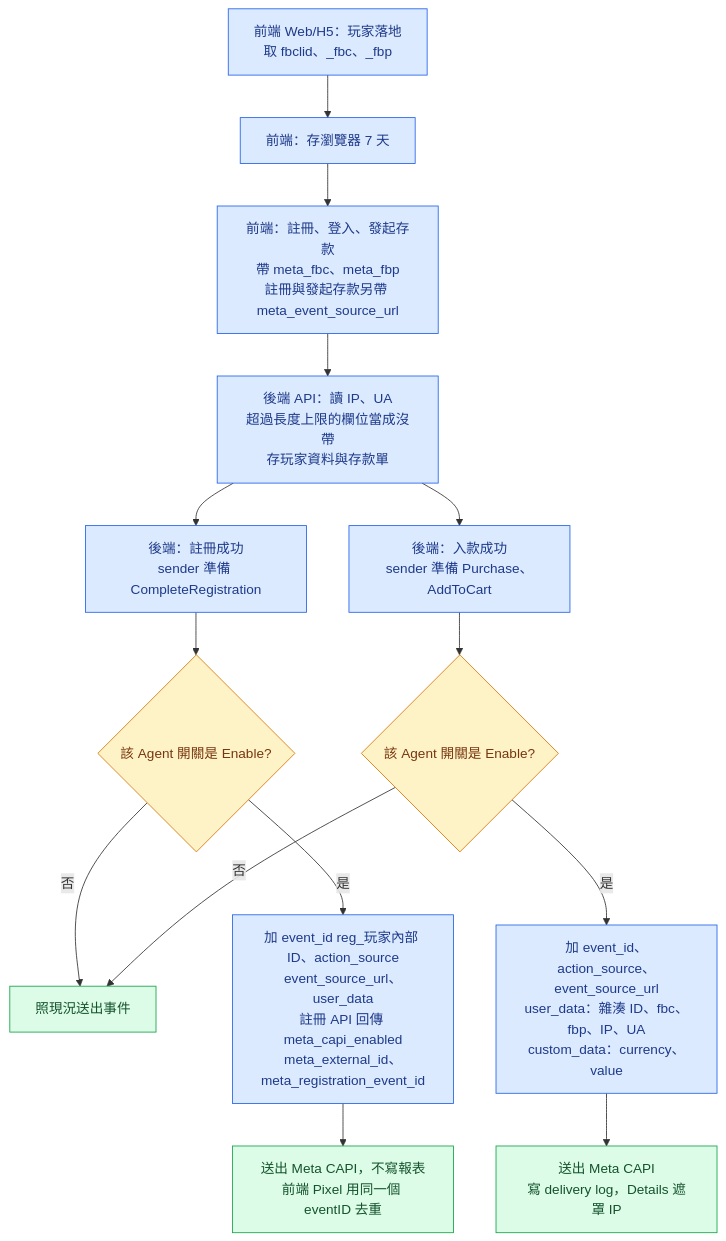
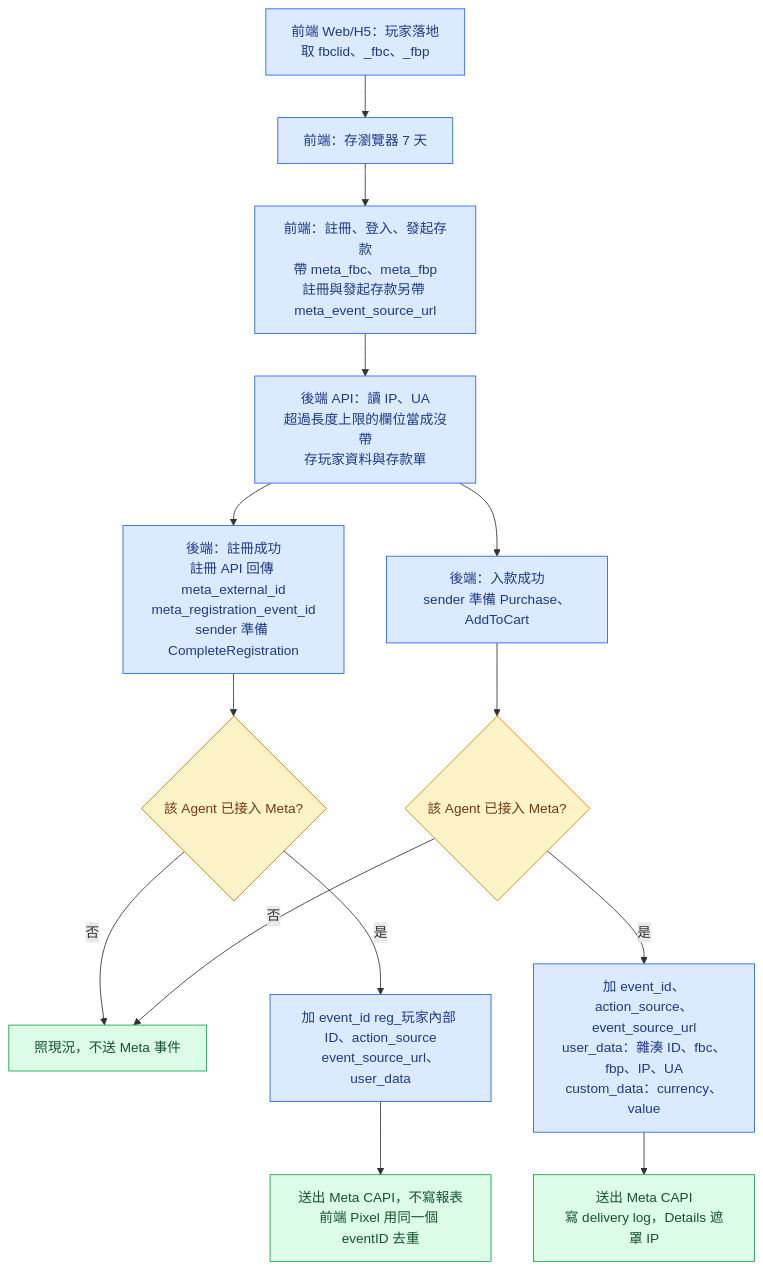
The diagram in meta-capi-match-params/meta_capi_match_params_flow.mmd (guswei/betally-bo-mockup), drawn with Mermaid before and after one commit. The commit also changed 5 other files, not shown here.

First line of the commit message:
Remove Meta CAPI switch; apply to all Meta-connected agents (PRD v1.3)

```diff
--- a/meta-capi-match-params/meta_capi_match_params_flow.mmd
+++ b/meta-capi-match-params/meta_capi_match_params_flow.mmd
@@ -1,21 +1,21 @@
 flowchart TD
   A[前端 Web/H5：玩家落地<br/>取 fbclid、_fbc、_fbp] --> B[前端：存瀏覽器 7 天]
   B --> C[前端：註冊、登入、發起存款<br/>帶 meta_fbc、meta_fbp<br/>註冊與發起存款另帶 meta_event_source_url]
   C --> D[後端 API：讀 IP、UA<br/>超過長度上限的欄位當成沒帶<br/>存玩家資料與存款單]
-  D --> J[後端：註冊成功<br/>sender 準備 CompleteRegistration]
+  D --> J[後端：註冊成功<br/>註冊 API 回傳 meta_external_id<br/>meta_registration_event_id<br/>sender 準備 CompleteRegistration]
   D --> E[後端：入款成功<br/>sender 準備 Purchase、AddToCart]
-  J --> K{該 Agent 開關是 Enable?}
-  K -->|否| G[照現況送出事件]
-  K -->|是| L[加 event_id reg_玩家內部 ID、action_source<br/>event_source_url、user_data<br/>註冊 API 回傳 meta_capi_enabled<br/>meta_external_id、meta_registration_event_id]
+  J --> K{該 Agent 已接入 Meta?}
+  K -->|否| G[照現況，不送 Meta 事件]
+  K -->|是| L[加 event_id reg_玩家內部 ID、action_source<br/>event_source_url、user_data]
   L --> M[送出 Meta CAPI，不寫報表<br/>前端 Pixel 用同一個 eventID 去重]
-  E --> F{該 Agent 開關是 Enable?}
+  E --> F{該 Agent 已接入 Meta?}
   F -->|否| G
   F -->|是| H[加 event_id、action_source、event_source_url<br/>user_data：雜湊 ID、fbc、fbp、IP、UA<br/>custom_data：currency、value]
   H --> I[送出 Meta CAPI<br/>寫 delivery log，Details 遮罩 IP]
   classDef step fill:#dbeafe,stroke:#2563eb,color:#1e3a8a
   classDef dec  fill:#fef3c7,stroke:#d97706,color:#78350f
   classDef fail fill:#fdecea,stroke:#c0392b,color:#7f1d1d
   classDef done fill:#dcfce7,stroke:#16a34a,color:#14532d
   class A,B,C,D,E,H,J,L step
   class F,K dec
   class G,I,M done
```
